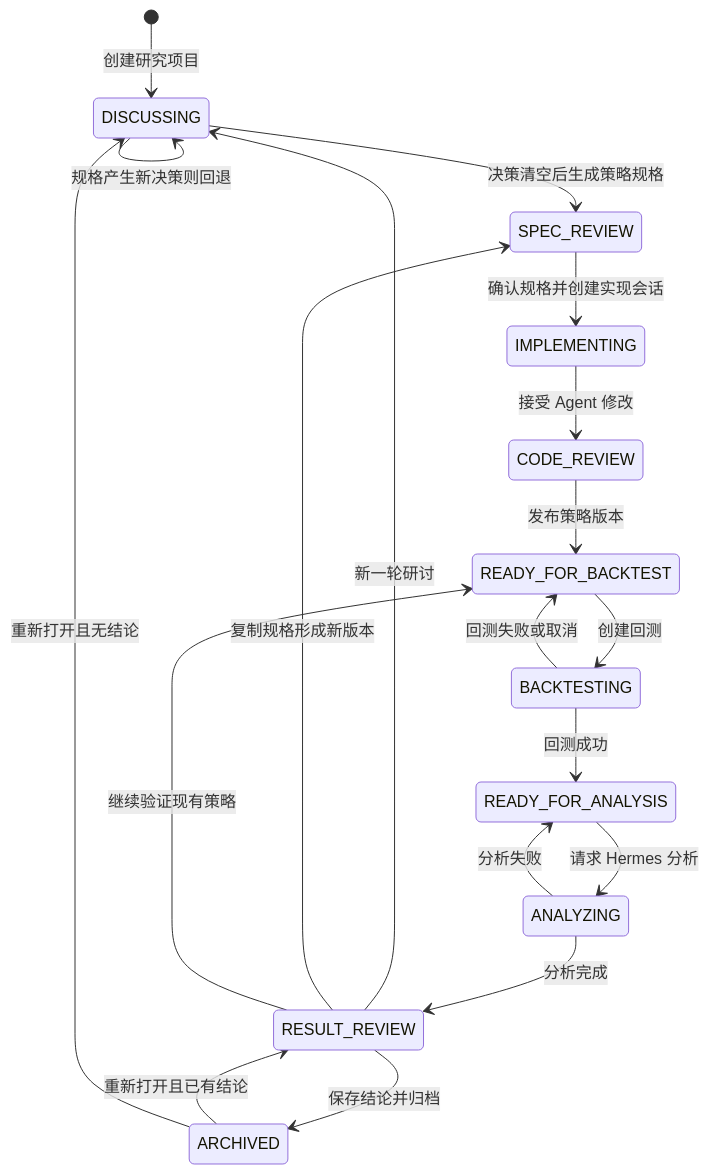
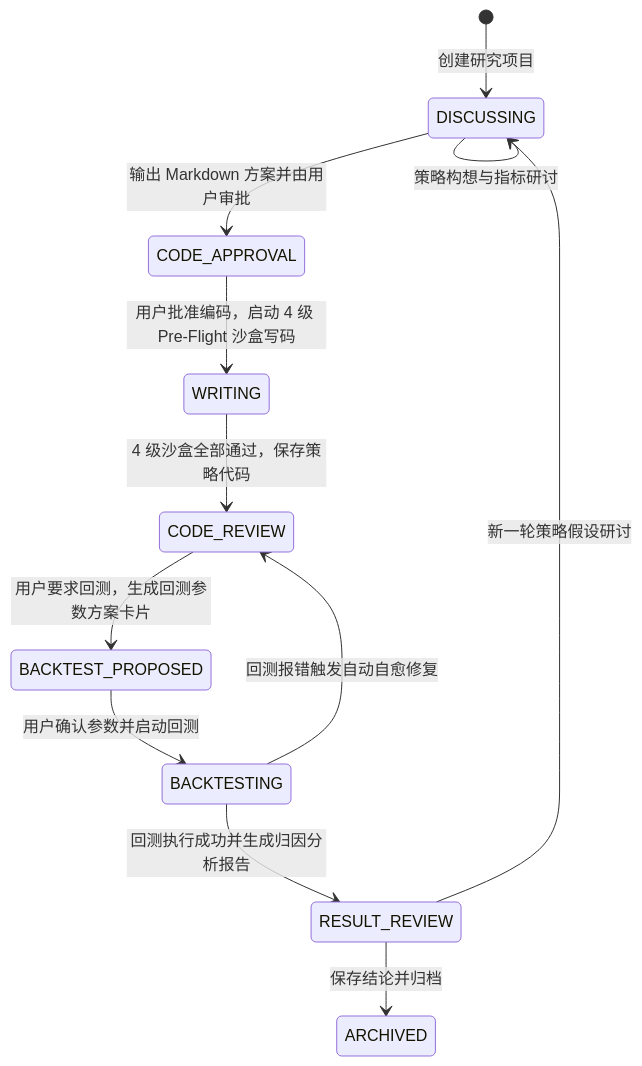
The fourth of 5 diagrams in docs/PROJECT_ARCHITECTURE.md (aoldiot/QuantLab), drawn with Mermaid before and after one commit. The commit also changed other lines of this file and 18 other files, not shown here.

````diff
--- a/docs/PROJECT_ARCHITECTURE.md
+++ b/docs/PROJECT_ARCHITECTURE.md
@@ -318,22 +317,14 @@
 ```mermaid
 stateDiagram-v2
     [*] --> DISCUSSING: 创建研究项目
-    DISCUSSING --> DISCUSSING: 拍板待决策项
-    DISCUSSING --> SPEC_REVIEW: 决策清空后生成策略规格
-    DISCUSSING --> DISCUSSING: 规格产生新决策则回退
-    SPEC_REVIEW --> IMPLEMENTING: 确认规格并创建实现会话
-    IMPLEMENTING --> CODE_REVIEW: 接受 Agent 修改
-    CODE_REVIEW --> READY_FOR_BACKTEST: 发布策略版本
-    READY_FOR_BACKTEST --> BACKTESTING: 创建回测
-    BACKTESTING --> READY_FOR_ANALYSIS: 回测成功
-    BACKTESTING --> READY_FOR_BACKTEST: 回测失败或取消
-    READY_FOR_ANALYSIS --> ANALYZING: 请求 Hermes 分析
-    ANALYZING --> RESULT_REVIEW: 分析完成
-    ANALYZING --> READY_FOR_ANALYSIS: 分析失败
+    DISCUSSING --> DISCUSSING: 策略构想与指标研讨
+    DISCUSSING --> CODE_APPROVAL: 输出 Markdown 方案并由用户审批
+    CODE_APPROVAL --> WRITING: 用户批准编码，启动 4 级 Pre-Flight 沙盒写码
+    WRITING --> CODE_REVIEW: 4 级沙盒全部通过，保存策略代码
+    CODE_REVIEW --> BACKTEST_PROPOSED: 用户要求回测，生成回测参数方案卡片
+    BACKTEST_PROPOSED --> BACKTESTING: 用户确认参数并启动回测
+    BACKTESTING --> RESULT_REVIEW: 回测执行成功并生成归因分析报告
+    BACKTESTING --> CODE_REVIEW: 回测报错触发自动自愈修复
     RESULT_REVIEW --> ARCHIVED: 保存结论并归档
-    ARCHIVED --> RESULT_REVIEW: 重新打开且已有结论
-    ARCHIVED --> DISCUSSING: 重新打开且无结论
-    RESULT_REVIEW --> DISCUSSING: 新一轮研讨
-    RESULT_REVIEW --> SPEC_REVIEW: 复制规格形成新版本
-    RESULT_REVIEW --> READY_FOR_BACKTEST: 继续验证现有策略
+    RESULT_REVIEW --> DISCUSSING: 新一轮策略假设研讨
 ```
````
